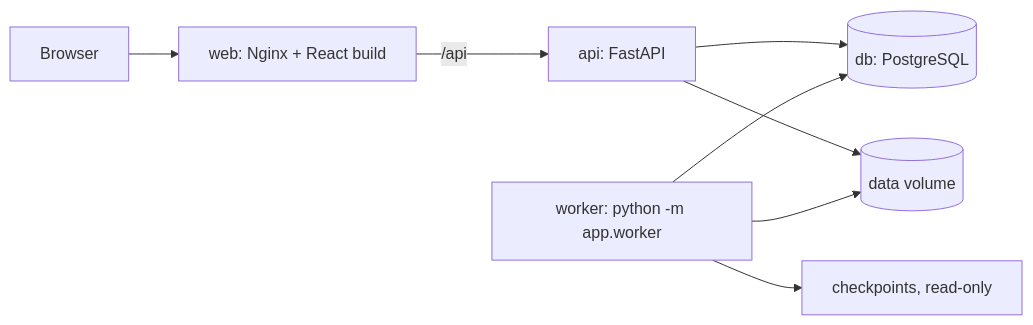
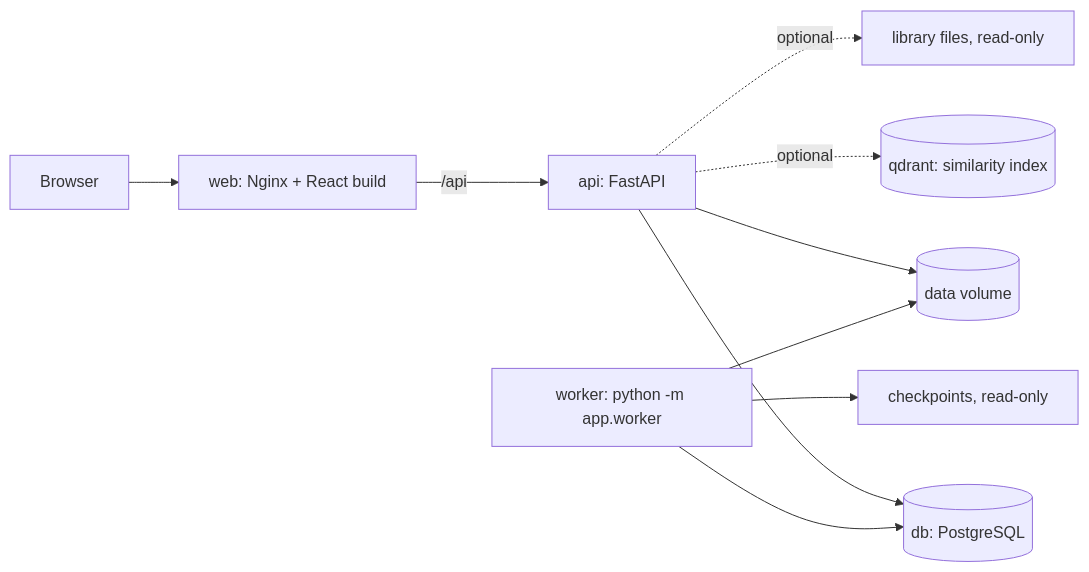
One commit to quocthescaredycat/sleep-eeg-app changed the diagram in A2/webapp/README.md. Above: the diagram before and after it, drawn with Mermaid. The commit also changed other lines of this file and 33 other files, not shown here.

````diff
--- a/A2/webapp/README.md
+++ b/A2/webapp/README.md
@@ -14,10 +14,12 @@
 ```mermaid
 flowchart LR
     U[Browser] --> WEB[web: Nginx + React build]
     WEB -->|/api| API[api: FastAPI]
     API --> PG[(db: PostgreSQL)]
     API --> FS[(data volume)]
     W[worker: python -m app.worker] --> PG
     W --> FS
     W --> CK[checkpoints, read-only]
+    API -.->|optional| QD[(qdrant: similarity index)]
+    API -.->|optional| LIB[library files, read-only]
 ```
````
